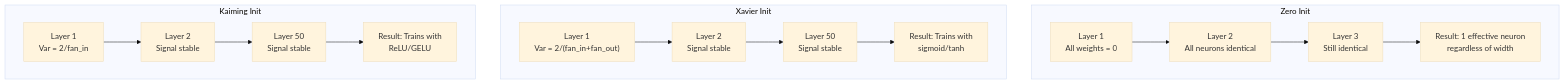
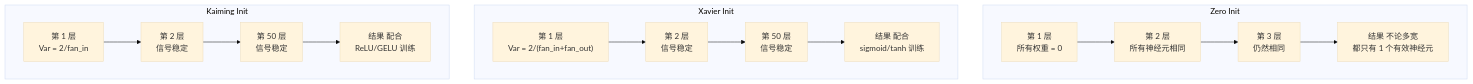
One commit to JerryC8080/ai-engineering-from-scratch-zh changed the first of 3 diagrams in phases/03-deep-learning-core/08-weight-initialization/docs/zh.md. Above: the diagram before and after it, drawn with Mermaid (base theme). The commit also changed other lines of this file and 156 other files, not shown here.

First line of the commit message:
i18n(zh): translate mermaid diagram labels in 157 lesson zh.md

````diff
--- a/phases/03-deep-learning-core/08-weight-initialization/docs/zh.md
+++ b/phases/03-deep-learning-core/08-weight-initialization/docs/zh.md
@@ -111,20 +111,20 @@
 ```mermaid
 flowchart TD
     subgraph "Zero Init"
-        Z1["Layer 1<br/>All weights = 0"] --> Z2["Layer 2<br/>All neurons identical"]
-        Z2 --> Z3["Layer 3<br/>Still identical"]
-        Z3 --> ZR["Result: 1 effective neuron<br/>regardless of width"]
+        Z1["第 1 层<br/>所有权重 = 0"] --> Z2["第 2 层<br/>所有神经元相同"]
+        Z2 --> Z3["第 3 层<br/>仍然相同"]
+        Z3 --> ZR["结果 不论多宽<br/>都只有 1 个有效神经元"]
     end
 
     subgraph "Xavier Init"
-        X1["Layer 1<br/>Var = 2/(fan_in+fan_out)"] --> X2["Layer 2<br/>Signal stable"]
-        X2 --> X3["Layer 50<br/>Signal stable"]
-        X3 --> XR["Result: Trains with<br/>sigmoid/tanh"]
+        X1["第 1 层<br/>Var = 2/(fan_in+fan_out)"] --> X2["第 2 层<br/>信号稳定"]
+        X2 --> X3["第 50 层<br/>信号稳定"]
+        X3 --> XR["结果 配合<br/>sigmoid/tanh 训练"]
     end
 
     subgraph "Kaiming Init"
-        K1["Layer 1<br/>Var = 2/fan_in"] --> K2["Layer 2<br/>Signal stable"]
-        K2 --> K3["Layer 50<br/>Signal stable"]
-        K3 --> KR["Result: Trains with<br/>ReLU/GELU"]
+        K1["第 1 层<br/>Var = 2/fan_in"] --> K2["第 2 层<br/>信号稳定"]
+        K2 --> K3["第 50 层<br/>信号稳定"]
+        K3 --> KR["结果 配合<br/>ReLU/GELU 训练"]
     end
 ```
````
